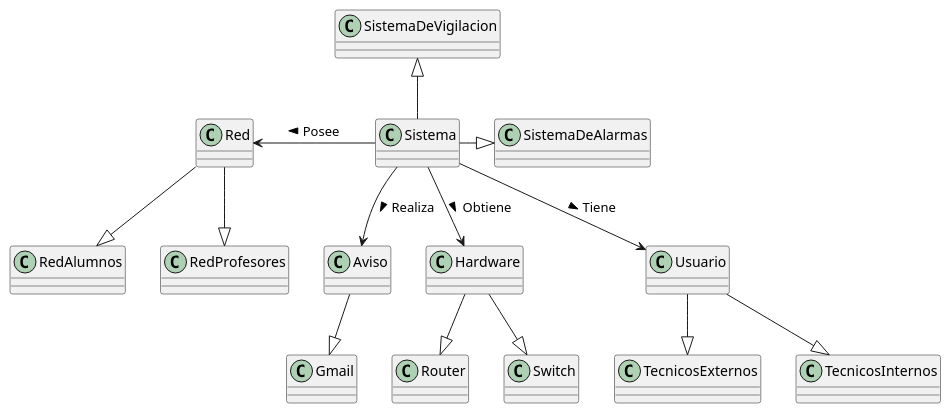
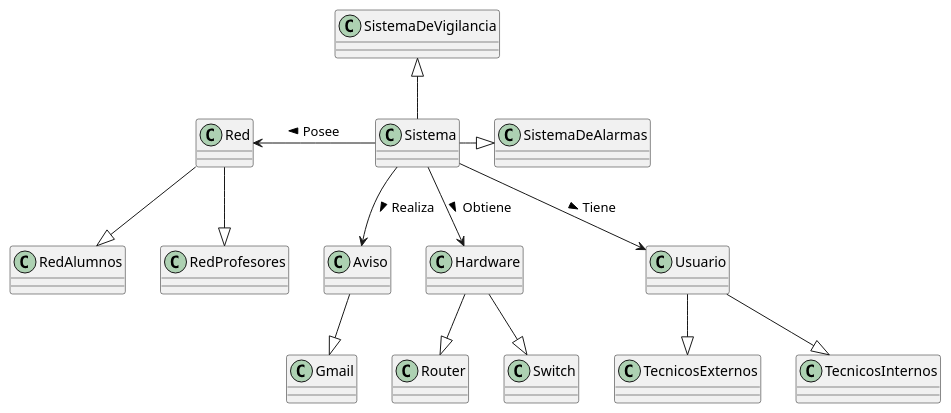
The diagram in proyecto/proyecto.plantuml (juanixcopal/proyect_IdSw), drawn with PlantUML before and after one commit.

```diff
--- a/proyecto/proyecto.plantuml
+++ b/proyecto/proyecto.plantuml
@@ -1,29 +1,29 @@
 @startuml proyecto
 /' Diagrama de Clases -> Diagrama de Objetos -> Diagrama de estados '/
 
 class Red 
 class Sistema
 class Hardware
 class Usuario
 class Aviso
 
 Sistema -l-> Red : Posee >
 Sistema --> Hardware : Obtiene >
 Sistema --> Usuario : Tiene >
 Sistema --> Aviso : Realiza >
 
-Sistema -u-|> SistemaDeVigilacion
+Sistema -u-|> SistemaDeVigilancia
 Sistema -r-|> SistemaDeAlarmas
 
 Red --|> RedAlumnos
 Red --|> RedProfesores
 
 Hardware --|> Switch
 Hardware --|> Router
 
 Aviso --|> Gmail
 
 Usuario --|> TecnicosInternos
 Usuario --|> TecnicosExternos
 
 @enduml
```
